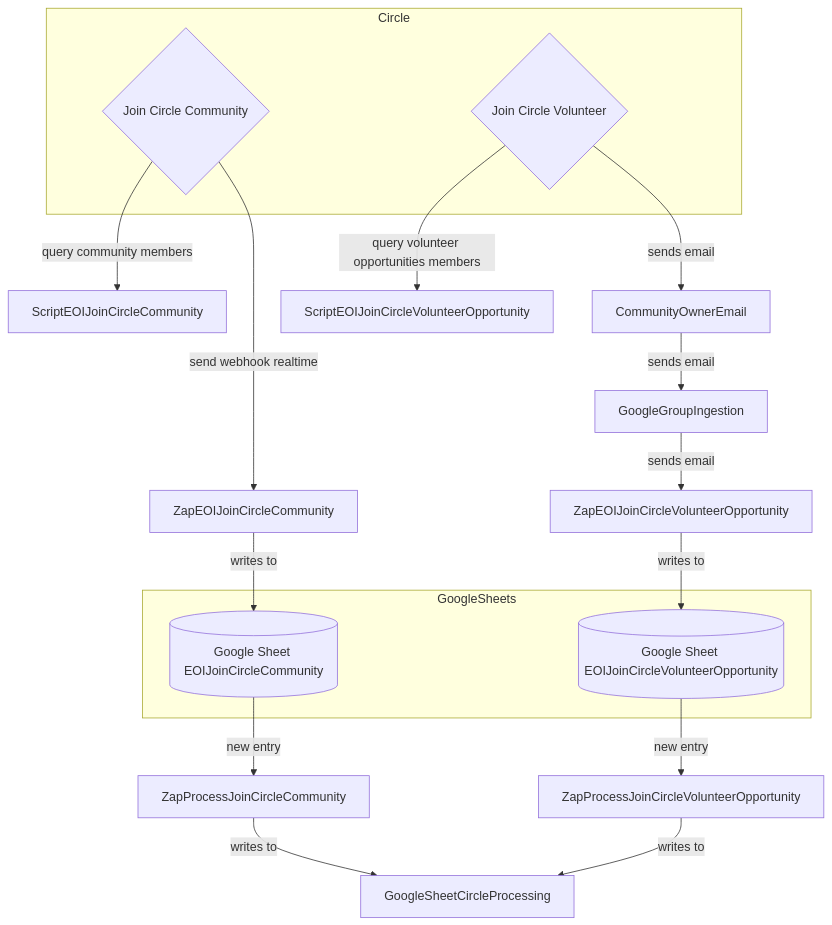
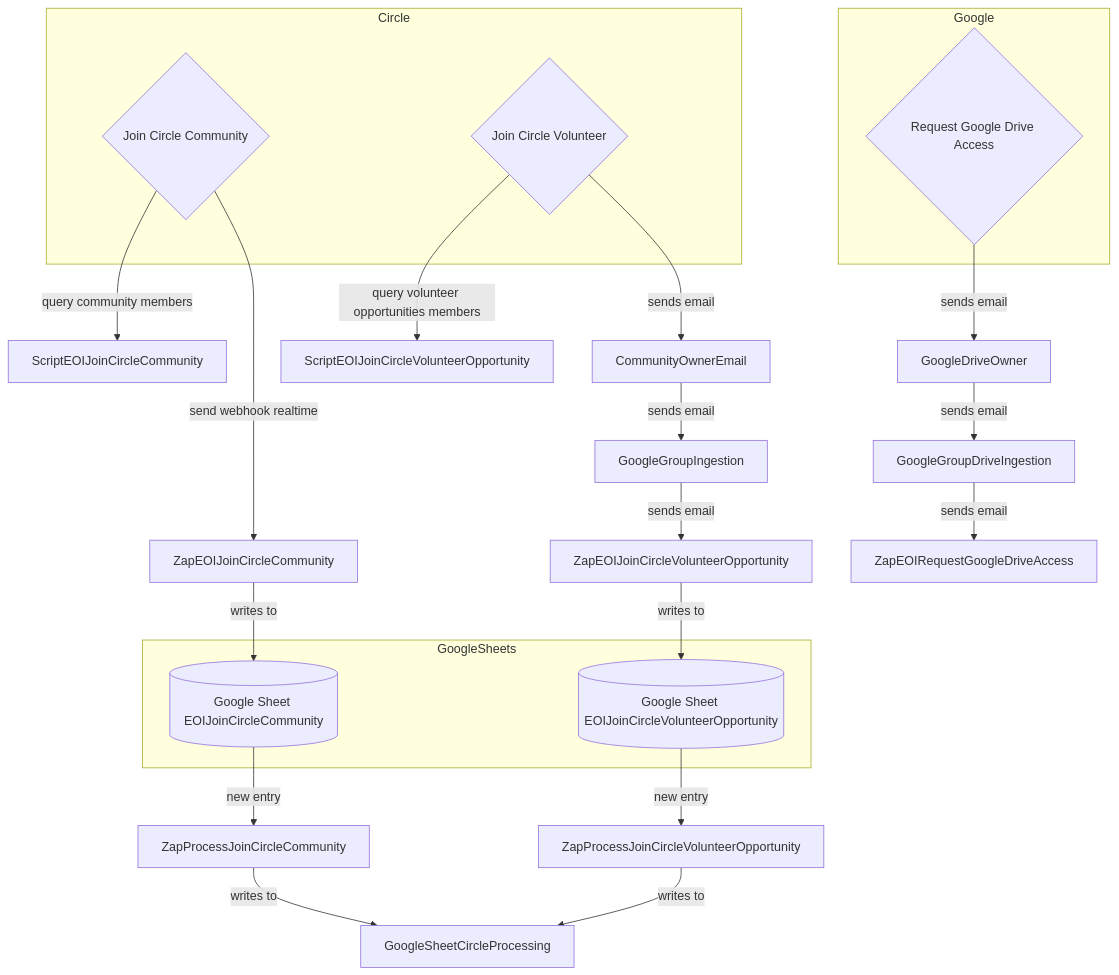
Before and after one commit to CloudSecurityAlliance/CSA-IT-Operations: the diagram in projects/WG-automation/WG-Automation-4.md, drawn with Mermaid.

````diff
--- a/projects/WG-automation/WG-Automation-4.md
+++ b/projects/WG-automation/WG-Automation-4.md
@@ -1,37 +1,47 @@
 ```mermaid
 graph TD;
 
 %% CIRCLE SIDE
 %% Verified email, user initiates action
 subgraph Circle
 joinCircleCommunity{Join Circle Community}
 joinCircleVolunteer{Join Circle Volunteer}
 end
 
 joinCircleCommunity-->|send webhook realtime|ZapEOIJoinCircleCommunity
 
 joinCircleCommunity-->|query community members|ScriptEOIJoinCircleCommunity
 
 joinCircleVolunteer-->|sends email|CommunityOwnerEmail
 CommunityOwnerEmail-->|sends email|GoogleGroupIngestion
 GoogleGroupIngestion-->|sends email|ZapEOIJoinCircleVolunteerOpportunity
 
 joinCircleVolunteer-->|query volunteer opportunities members|ScriptEOIJoinCircleVolunteerOpportunity
 
 
 ZapEOIJoinCircleCommunity-->|writes to|GoogleSheetEOIJoinCircleCommunity
 
 ZapEOIJoinCircleVolunteerOpportunity-->|writes to|GoogleSheetEOIJoinCircleVolunteerOpportunity
 
 subgraph GoogleSheets
 GoogleSheetEOIJoinCircleCommunity[(Google Sheet EOIJoinCircleCommunity)]
 GoogleSheetEOIJoinCircleVolunteerOpportunity[(Google Sheet EOIJoinCircleVolunteerOpportunity)]
 end
 
 GoogleSheetEOIJoinCircleCommunity-->|new entry|ZapProcessJoinCircleCommunity
 GoogleSheetEOIJoinCircleVolunteerOpportunity-->|new entry|ZapProcessJoinCircleVolunteerOpportunity
 
 ZapProcessJoinCircleCommunity-->|writes to|GoogleSheetCircleProcessing
 ZapProcessJoinCircleVolunteerOpportunity-->|writes to|GoogleSheetCircleProcessing
 
+%% Google side
+subgraph Google
+requestGoogleDriveAccess{Request Google Drive Access}
+end
+
+requestGoogleDriveAccess-->|sends email|GoogleDriveOwner
+GoogleDriveOwner-->|sends email|GoogleGroupDriveIngestion
+GoogleGroupDriveIngestion-->|sends email|ZapEOIRequestGoogleDriveAccess
+
+
 ```
````
